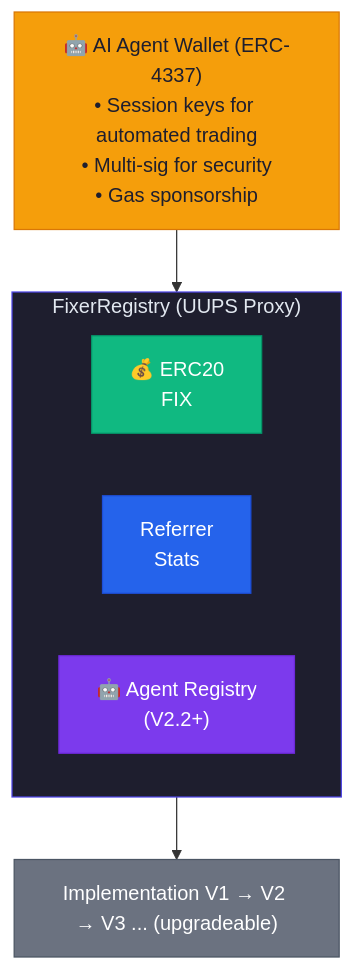
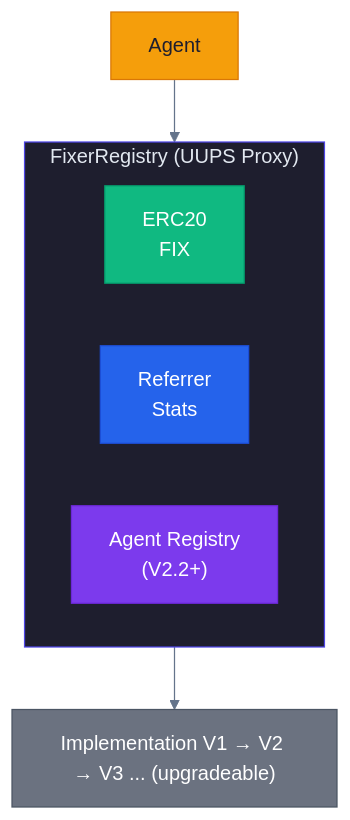
One commit to guglxni/the-fixer-hook changed the second of 3 diagrams in docs/FUTURE_ENHANCEMENTS.md. Above: the diagram before and after it, drawn with Mermaid. The commit also changed other lines of this file and 514 other files, not shown here.

Commit message:
Clean docs: remove emojis, add professional mermaid styling

````diff
--- a/docs/FUTURE_ENHANCEMENTS.md
+++ b/docs/FUTURE_ENHANCEMENTS.md
@@ -855,22 +854,19 @@
 ```mermaid
+%%{init: {'theme': 'neutral', 'themeVariables': { 'primaryColor': '#2563eb', 'primaryTextColor': '#1e293b', 'primaryBorderColor': '#3b82f6', 'lineColor': '#64748b', 'secondaryColor': '#f1f5f9', 'tertiaryColor': '#e2e8f0'}}}%%
 flowchart TD
-    Agent["🤖 AI Agent Wallet (ERC-4337)\n• Session keys for automated trading\n• Multi-sig for security\n• Gas sponsorship"]
     Agent --> Registry
-
     subgraph Registry["FixerRegistry (UUPS Proxy)"]
         direction LR
-        ERC20["💰 ERC20\nFIX"]
+        ERC20[" ERC20\nFIX"]
         Stats["Referrer\nStats"]
-        AgentReg["🤖 Agent Registry\n(V2.2+)"]
+        AgentReg[" Agent Registry\n(V2.2+)"]
     end
-
     Upgrade["Implementation V1 → V2 → V3 ... (upgradeable)"]
     Registry --> Upgrade
-
     style Agent fill:#F59E0B,color:#1E1E2E,stroke:#D97706
     style Registry fill:#1E1E2E,color:#E2E8F0,stroke:#4F46E5
     style ERC20 fill:#10B981,color:#FFFFFF,stroke:#059669
     style Stats fill:#2563EB,color:#FFFFFF,stroke:#1D4ED8
     style AgentReg fill:#7C3AED,color:#FFFFFF,stroke:#6D28D9
     style Upgrade fill:#6B7280,color:#FFFFFF,stroke:#4B5563
 ```
````
